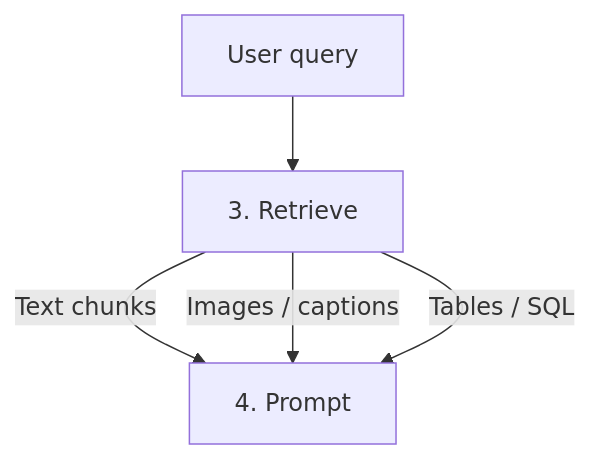
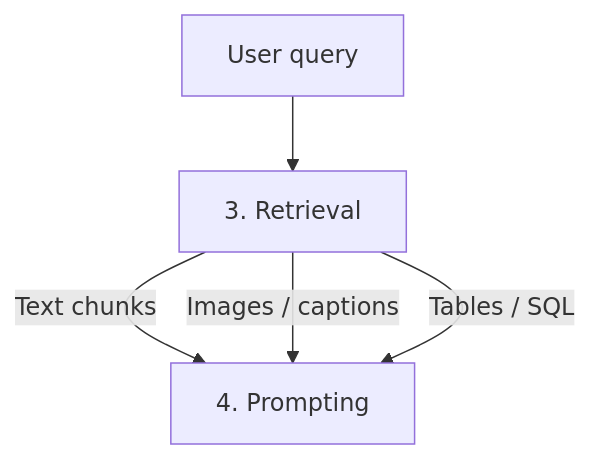
Before and after one commit to w4bo/AA2627-unibo-dcai: diagram 12 of 24 in slides/02-rag.qmd, drawn with Mermaid. The commit also changed other lines of this file, not shown here.

````diff
--- a/slides/02-rag.qmd
+++ b/slides/02-rag.qmd
@@ -519,8 +625,8 @@
 ```{mermaid}
 %%| echo: false
 flowchart TB
-  Q[User query] --> R[3. Retrieve]
-  R -->|Text chunks| P[4. Prompt]
+  Q[User query] --> R[3. Retrieval]
+  R -->|Text chunks| P[4. Prompting]
   R -->|Images / captions| P
   R -->|Tables / SQL| P
 ```
````
